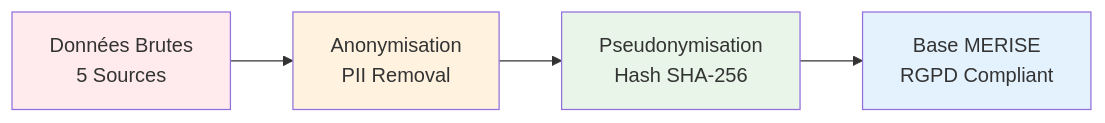
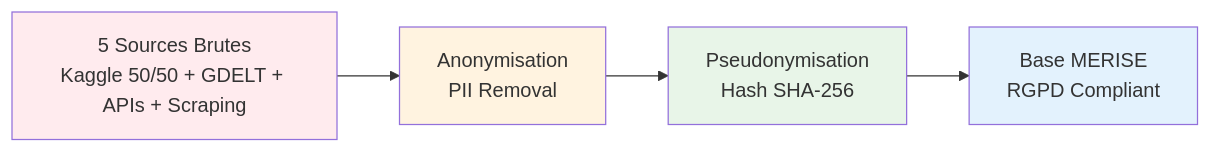
Before and after one commit to ALMAGNUS/Semantic_Pulse_X: the fourth of 4 diagrams in docs/MERMAID_PRESENTATION.md, drawn with Mermaid. The commit also changed other lines of this file and 27 other files, not shown here.

````diff
--- a/docs/MERMAID_PRESENTATION.md
+++ b/docs/MERMAID_PRESENTATION.md
@@ -124,11 +124,11 @@
 ```mermaid
 graph LR
-    A[Données Brutes<br/>5 Sources] --> B[Anonymisation<br/>PII Removal]
+    A[5 Sources Brutes<br/>Kaggle 50/50 + GDELT + APIs + Scraping] --> B[Anonymisation<br/>PII Removal]
     B --> C[Pseudonymisation<br/>Hash SHA-256]
     C --> D[Base MERISE<br/>RGPD Compliant]
     
     style A fill:#ffebee
     style B fill:#fff3e0
     style C fill:#e8f5e8
     style D fill:#e3f2fd
 ```
````
